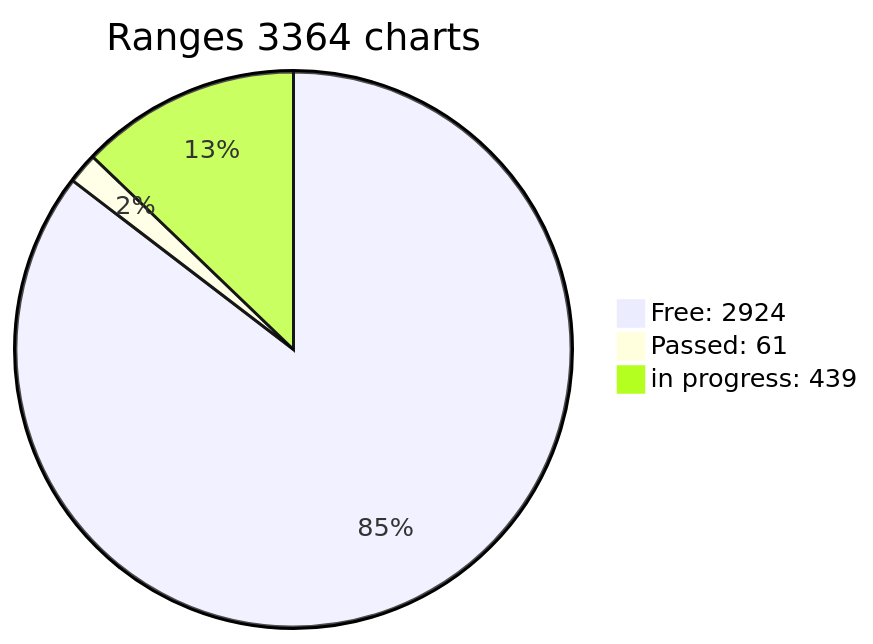
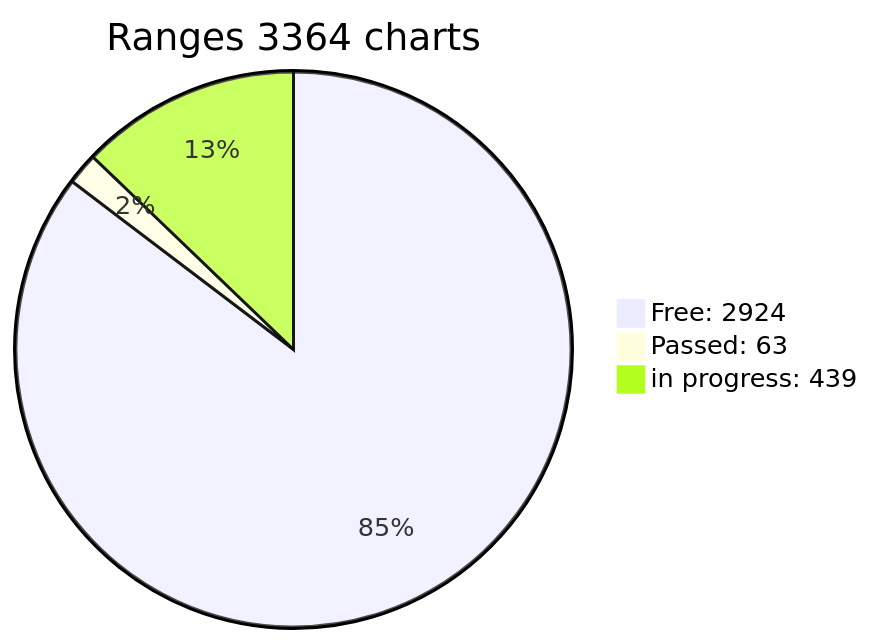
One commit to jonlloner/wif500 changed the diagram in x64/Release/table.md. Above: the diagram before and after it, drawn with Mermaid. The commit also changed other lines of this file, not shown here.

````diff
--- a/x64/Release/table.md
+++ b/x64/Release/table.md
@@ -3,6 +3,6 @@
 ```mermaid
 pie title Ranges 3364 charts
-"Free: 2924" : 2923
-"Passed: 61" : 61
+"Free: 2924" : 2921
+"Passed: 63" : 63
 "in progress: 439" : 439
 ```  
````
